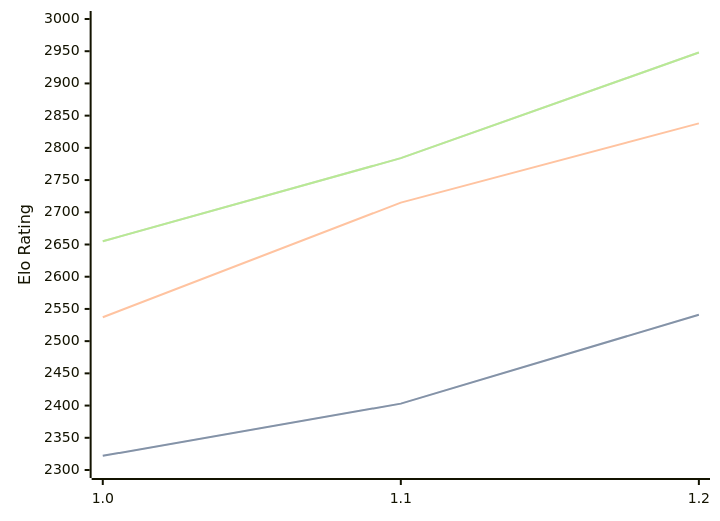
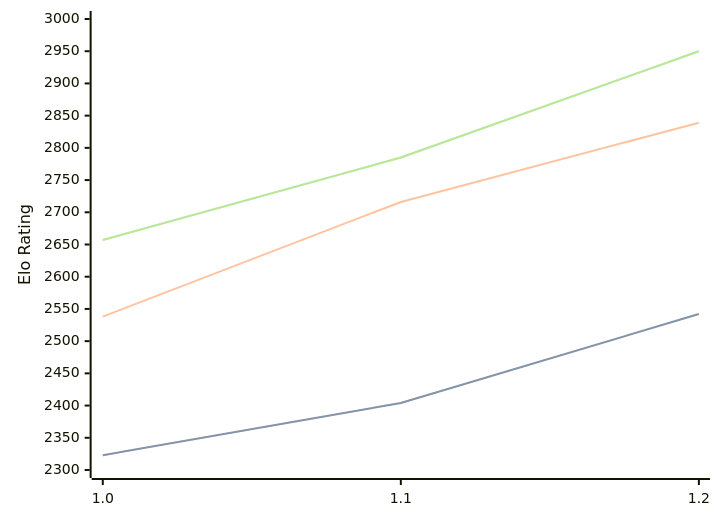
One commit to computer-chess-index/cci changed the diagram in engines/FoxChess.md. Above: the diagram before and after it, drawn with Mermaid. The commit also changed other lines of this file, not shown here.

Commit message:
Update CCI Ratings (ELO VLTC) - 2026-10-09

````diff
--- a/engines/FoxChess.md
+++ b/engines/FoxChess.md
@@ -33,11 +33,11 @@
 ```mermaid
 %%{init: {"theme":"base","themeVariables":{"seriesColors:['#a3a3a3','#222221','#faa371']}}}%%
 xychart-beta
   x-axis ["1.0", "1.1", "1.2"]
   y-axis "Elo Rating" 2300 --> 3000
-  line "" [2322, 2403, 2541]
-  line "STC (8.0+0.08s)" [2322, 2403, 2541]
-  line "LTC (60.0+0.60s)" [2537, 2715, 2838]
-  line "" [2655, 2784, 2948]
-  line "VLTC (2m24s+1.12s)" [2655, 2784, 2948]
+  line "" [2323, 2404, 2542]
+  line "STC (8.0+0.08s)" [2323, 2404, 2542]
+  line "LTC (60.0+0.60s)" [2538, 2716, 2839]
+  line "" [2657, 2785, 2950]
+  line "VLTC (2m24s+1.12s)" [2657, 2785, 2950]
 ```
````
